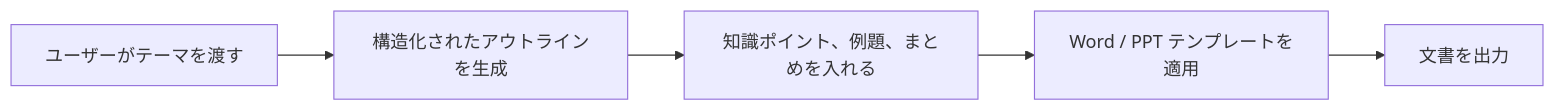
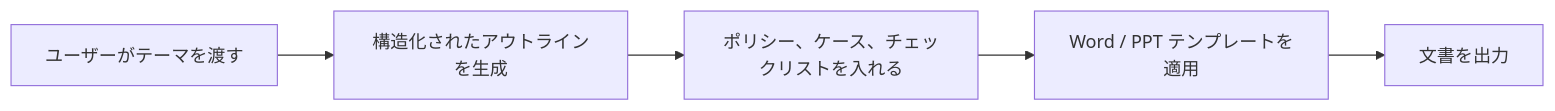
One commit to oudbiao/AI-fullstack-course changed the diagram in i18n/ja/docusaurus-plugin-content-docs/current/ch08-rag/ch03-app-dev/08-template-doc-generation.md. Above: the diagram before and after it, drawn with Mermaid. The commit also changed other lines of this file and 11 other files, not shown here.

````diff
--- a/i18n/ja/docusaurus-plugin-content-docs/current/ch08-rag/ch03-app-dev/08-template-doc-generation.md
+++ b/i18n/ja/docusaurus-plugin-content-docs/current/ch08-rag/ch03-app-dev/08-template-doc-generation.md
@@ -41,7 +41,7 @@
 ```mermaid
 flowchart LR
     A["ユーザーがテーマを渡す"] --> B["構造化されたアウトラインを生成"]
-    B --> C["知識ポイント、例題、まとめを入れる"]
+    B --> C["ポリシー、ケース、チェックリストを入れる"]
     C --> D["Word / PPT テンプレートを適用"]
     D --> E["文書を出力"]
 ```
````
